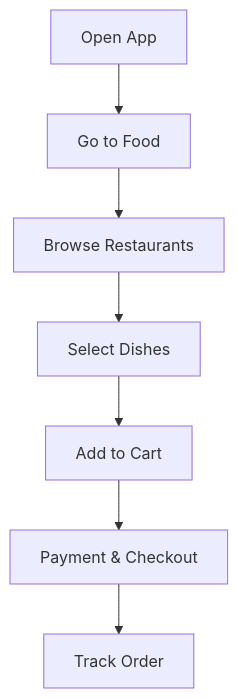
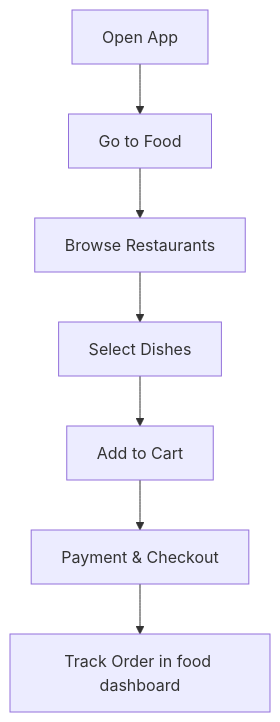
The first of 4 diagrams in README.md (sarwanand24/Tiofy), drawn with Mermaid before and after one commit. The commit also changed other lines of this file, not shown here.

````diff
--- a/README.md
+++ b/README.md
@@ -146,9 +150,9 @@
 ```mermaid
 graph TD
     A[Open App] --> B[Go to Food]
     B --> C[Browse Restaurants]
     C --> D[Select Dishes]
     D --> E[Add to Cart]
     E --> F[Payment & Checkout]
-    F --> G[Track Order]
+    F --> G[Track Order in food dashboard]
 ```
````
